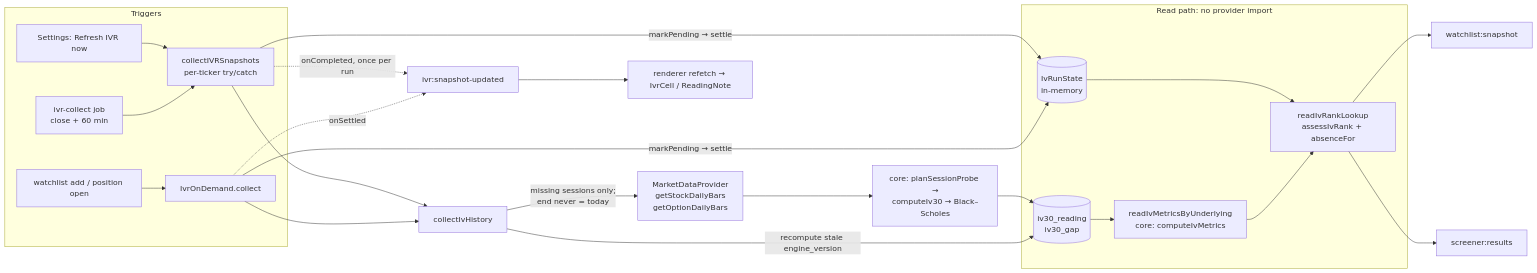
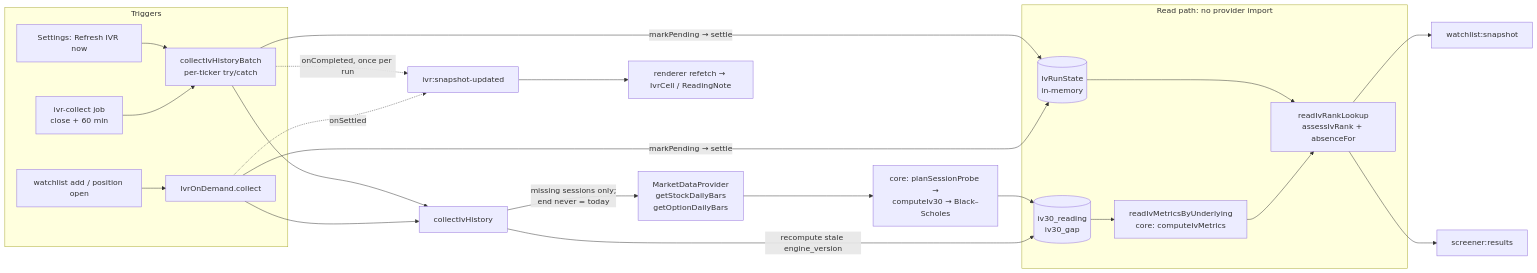
One commit to jcteague/wheelbase changed the diagram in docs/us-121-implementation.md. Above: the diagram before and after it, drawn with Mermaid. The commit also changed other lines of this file and 48 other files, not shown here.

````diff
--- a/docs/us-121-implementation.md
+++ b/docs/us-121-implementation.md
@@ -42,26 +42,26 @@
 ```mermaid
 flowchart LR
   subgraph Triggers
     A[watchlist add / position open] --> OD[IvrOnDemand.collect]
-    S[ivr-collect job<br/>close + 60 min] --> C[collectIVRSnapshots<br/>per-ticker try/catch]
+    S[ivr-collect job<br/>close + 60 min] --> C[collectIvHistoryBatch<br/>per-ticker try/catch]
     M[Settings: Refresh IVR now] --> C
   end
   OD -->|markPending → settle| RS[(IvRunState<br/>in-memory)]
   C -->|markPending → settle| RS
   OD --> H[collectIvHistory]
   C --> H
   H -->|recompute stale engine_version| ST[(iv30_reading<br/>iv30_gap)]
   H -->|missing sessions only;<br/>end never = today| P[MarketDataProvider<br/>getStockDailyBars<br/>getOptionDailyBars]
   P --> E[core: planSessionProbe →<br/>computeIv30 → Black–Scholes]
   E --> ST
   subgraph Read path: no provider import
     ST --> R[readIvMetricsByUnderlying<br/>core: computeIvMetrics]
     R --> L[readIvRankLookup<br/>assessIvRank + absenceFor]
     RS --> L
   end
   L --> W[watchlist:snapshot]
   L --> SC[screener:results]
   OD -. onSettled .-> U[ivr:snapshot-updated]
   C -. onCompleted, once per run .-> U
   U --> RD[renderer refetch → IvrCell / ReadingNote]
 ```
````
